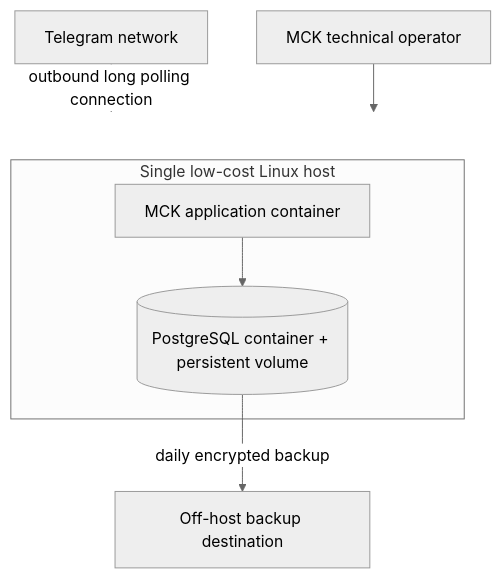
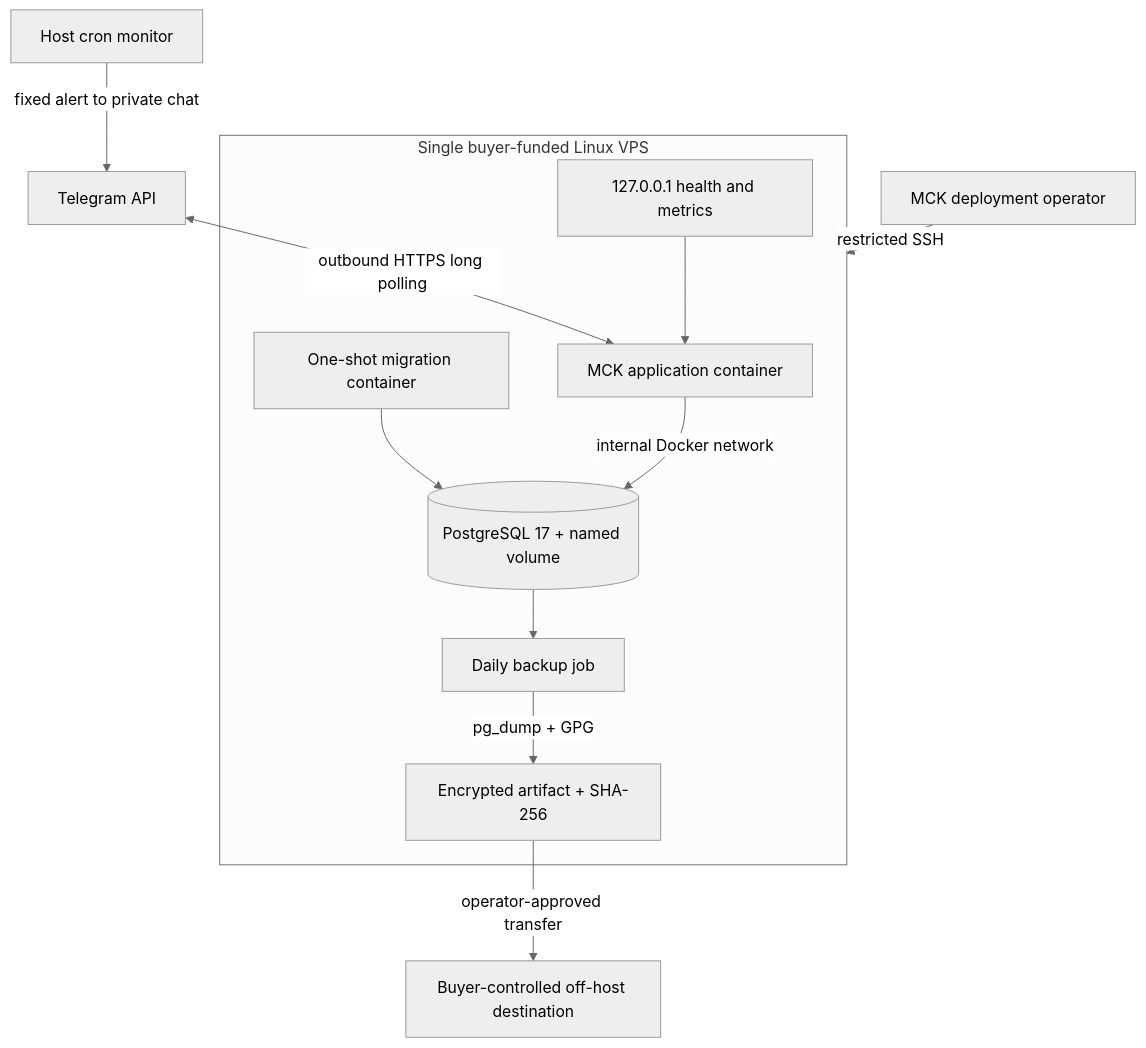
The diagram in docs/architecture/deployment.md (mufazzalshokh/mahalla-service), drawn with Mermaid (neutral theme) before and after one commit. The commit also changed other lines of this file and 43 other files, not shown here.

````diff
--- a/docs/architecture/deployment.md
+++ b/docs/architecture/deployment.md
@@ -3,13 +3,16 @@
 ```mermaid
 flowchart TB
-  Internet[Telegram network] -->|outbound long polling connection| Host
-  Operator[MCK technical operator] --> Host
+  Telegram[Telegram API] <-->|outbound HTTPS long polling| App
+  Operator[MCK deployment operator] -->|restricted SSH| Host
+  Monitor[Host cron monitor] -->|fixed alert to private chat| Telegram
 
-  subgraph Host[Single low-cost Linux host]
-    App[MCK application container]
-    DB[(PostgreSQL container + persistent volume)]
-    App --> DB
+  subgraph Host[Single buyer-funded Linux VPS]
+    Loopback[127.0.0.1 health and metrics] --> App[MCK application container]
+    Migrate[One-shot migration container] --> DB[(PostgreSQL 17 + named volume)]
+    App -->|internal Docker network| DB
+    Cron[Daily backup job] -->|pg_dump + GPG| Encrypted[Encrypted artifact + SHA-256]
+    DB --> Cron
   end
 
-  DB -->|daily encrypted backup| Backup[Off-host backup destination]
+  Encrypted -->|operator-approved transfer| Backup[Buyer-controlled off-host destination]
 ```
````
